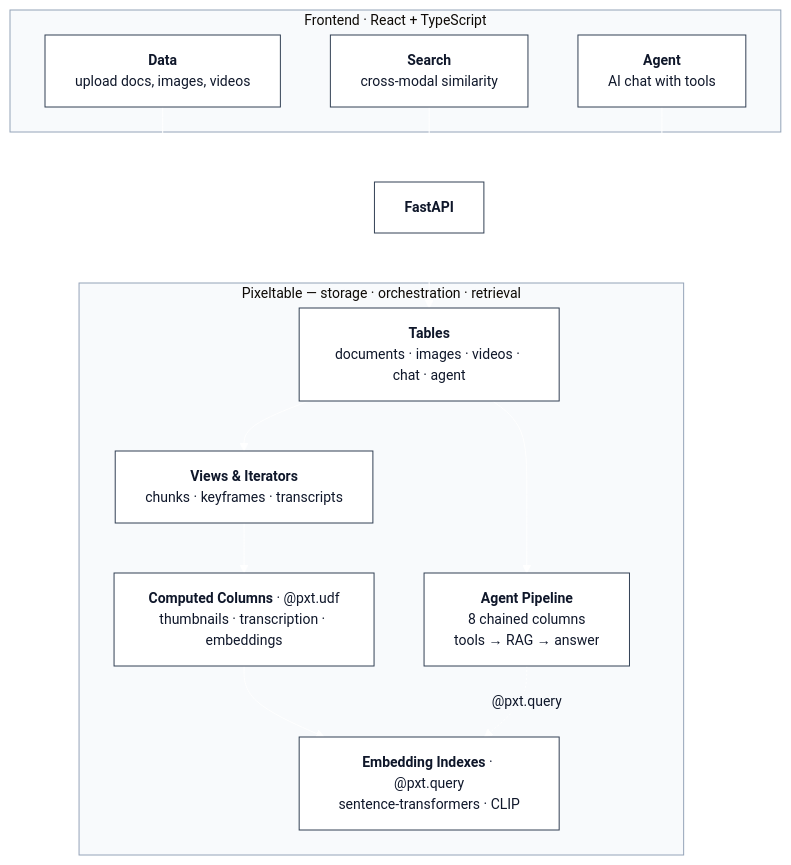
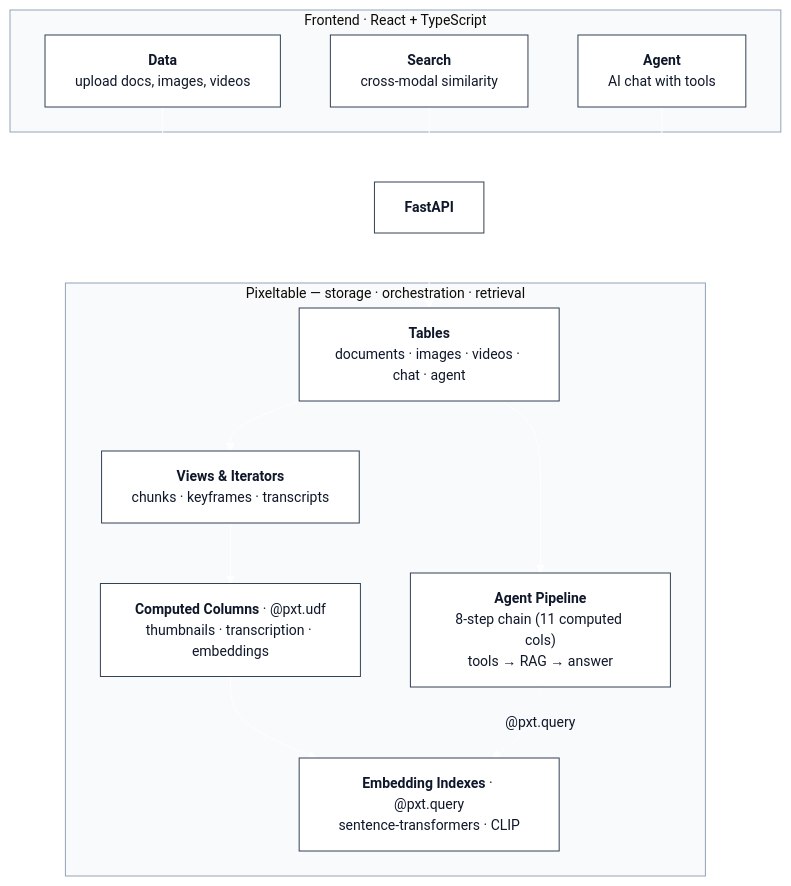
One commit to pixeltable/pixeltable-starter-kit changed the first of 2 diagrams in README.md. Above: the diagram before and after it, drawn with Mermaid. The commit also changed other lines of this file and 10 other files, not shown here.

````diff
--- a/README.md
+++ b/README.md
@@ -13,25 +13,25 @@
 ```mermaid
 %%{init: {'theme': 'base', 'themeVariables': {'primaryColor': '#ffffff', 'primaryTextColor': '#0f172a', 'primaryBorderColor': '#334155', 'lineColor': '#ffffff', 'arrowheadColor': '#ffffff', 'secondaryColor': '#f8fafc', 'tertiaryColor': '#f1f5f9', 'clusterBkg': '#f8fafc', 'clusterBorder': '#94a3b8', 'fontSize': '14px'}}}%%
 graph TD
     subgraph Frontend["Frontend · React + TypeScript"]
         D["<b>Data</b><br/>upload docs, images, videos"]
         S["<b>Search</b><br/>cross-modal similarity"]
         A["<b>Agent</b><br/>AI chat with tools"]
     end
 
     API["<b>FastAPI</b>"]
 
     subgraph PXT["Pixeltable — storage · orchestration · retrieval"]
         Tables["<b>Tables</b><br/>documents · images · videos · chat · agent"]
         Views["<b>Views & Iterators</b><br/>chunks · keyframes · transcripts"]
         CC["<b>Computed Columns</b> · @pxt.udf<br/>thumbnails · transcription · embeddings"]
         EI["<b>Embedding Indexes</b> · @pxt.query<br/>sentence-transformers · CLIP"]
-        AP["<b>Agent Pipeline</b><br/>8 chained columns<br/>tools → RAG → answer"]
+        AP["<b>Agent Pipeline</b><br/>8-step chain (11 computed cols)<br/>tools → RAG → answer"]
     end
 
     D & S & A --> API
     API --> Tables
     Tables --> Views --> CC --> EI
     Tables --> AP
     AP -.->|"@pxt.query"| EI
 ```
````
